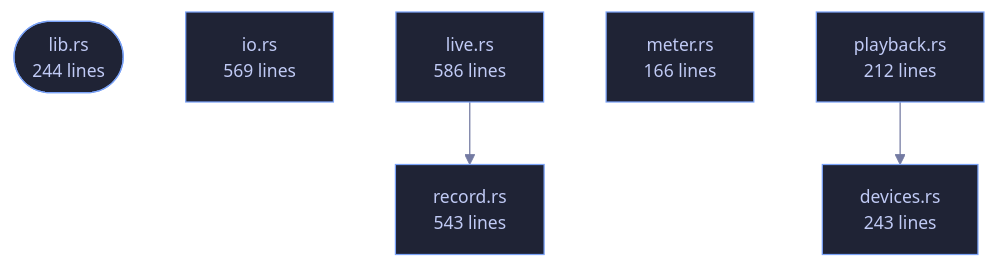
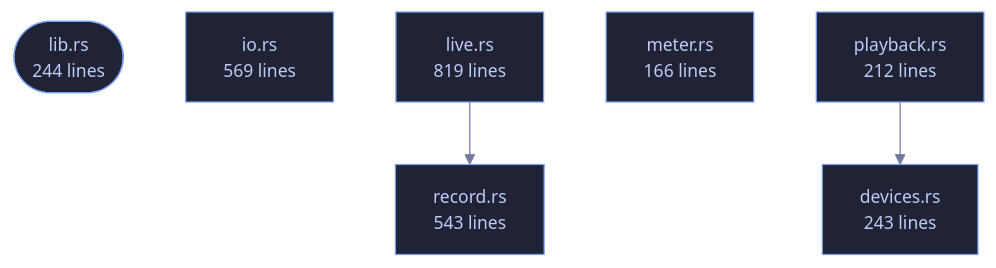
One commit to tilas01/veilvoice changed the diagram in wiki/Crate-veilvoice-audio.md. Above: the diagram before and after it, drawn with Mermaid. The commit also changed other lines of this file and 20 other files, not shown here.

````diff
--- a/wiki/Crate-veilvoice-audio.md
+++ b/wiki/Crate-veilvoice-audio.md
@@ -67,20 +67,20 @@
 ```mermaid
 %%{init: {"theme":"base","themeVariables":{"background":"#1a1b26","primaryColor":"#1f2335","primaryTextColor":"#c0caf5","primaryBorderColor":"#7aa2f7","secondaryColor":"#16161e","tertiaryColor":"#16161e","lineColor":"#737aa2","textColor":"#c0caf5","mainBkg":"#1f2335","nodeBorder":"#7aa2f7","clusterBkg":"#16161e","clusterBorder":"#2f3549","fontFamily":"ui-monospace, SFMono-Regular, Consolas, monospace","fontSize":"14px"}}}%%
 flowchart TD
     n_lib(["lib.rs<br/>244 lines"])
     n_devices["devices.rs<br/>243 lines"]
     n_io["io.rs<br/>569 lines"]
-    n_live["live.rs<br/>586 lines"]
+    n_live["live.rs<br/>819 lines"]
     n_meter["meter.rs<br/>166 lines"]
     n_playback["playback.rs<br/>212 lines"]
     n_record["record.rs<br/>543 lines"]
     n_live --> n_record
     n_playback --> n_devices
     click n_lib href "https://github.com/tilas01/veilvoice/blob/main/crates/veilvoice-audio/src/lib.rs" "open the source"
     click n_devices href "https://github.com/tilas01/veilvoice/blob/main/crates/veilvoice-audio/src/devices.rs" "open the source"
     click n_io href "https://github.com/tilas01/veilvoice/blob/main/crates/veilvoice-audio/src/io.rs" "open the source"
     click n_live href "https://github.com/tilas01/veilvoice/blob/main/crates/veilvoice-audio/src/live.rs" "open the source"
     click n_meter href "https://github.com/tilas01/veilvoice/blob/main/crates/veilvoice-audio/src/meter.rs" "open the source"
     click n_playback href "https://github.com/tilas01/veilvoice/blob/main/crates/veilvoice-audio/src/playback.rs" "open the source"
     click n_record href "https://github.com/tilas01/veilvoice/blob/main/crates/veilvoice-audio/src/record.rs" "open the source"
 ```
````
